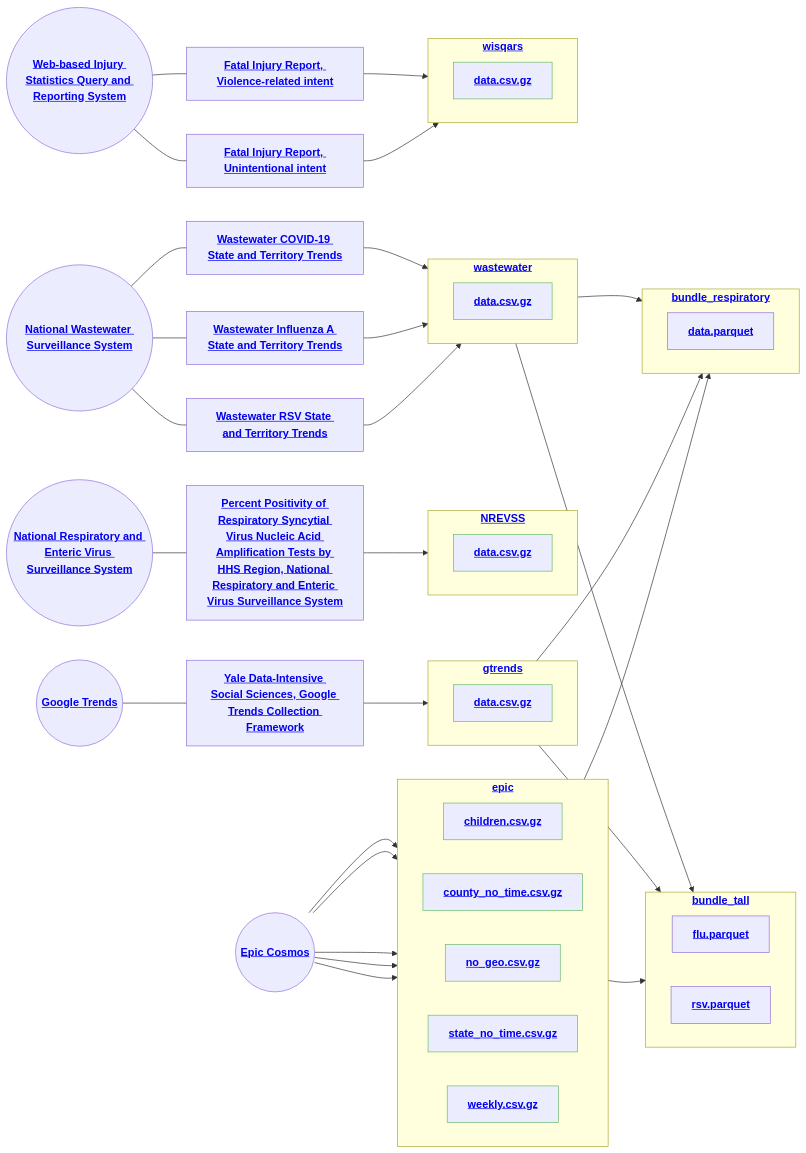
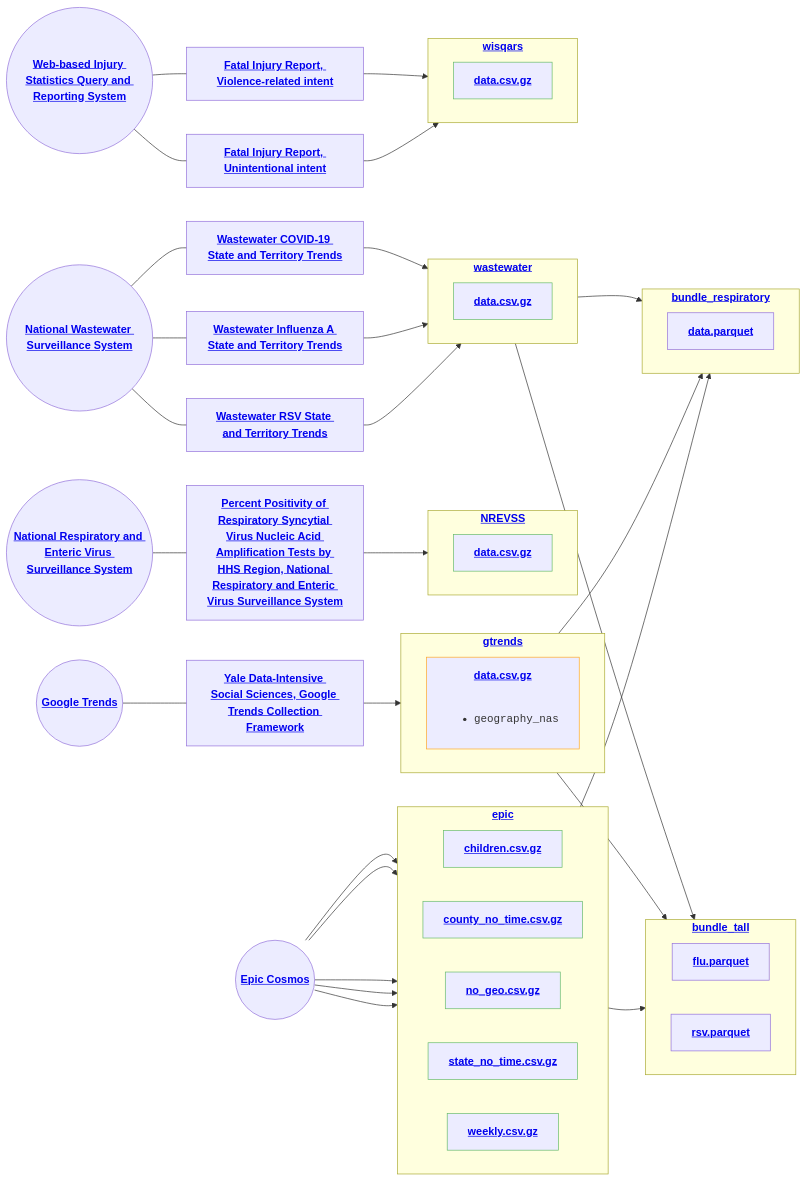
The diagram in status.md (DISSC-yale/pophive_demo), drawn with Mermaid before and after one commit. The commit also changed 8 other files, not shown here.

````diff
--- a/status.md
+++ b/status.md
@@ -1,69 +1,69 @@
 ```mermaid
 flowchart LR
     classDef pass stroke:#66bb6a
     classDef warn stroke:#ffa726
     classDef fail stroke:#f44336
     s0(("<strong><a href="https://cosmos.epic.com" target="_blank" rel="noreferrer">Epic Cosmos</a></strong>"))
     s1(("<strong><a href="https://trends.google.com" target="_blank" rel="noreferrer">Google Trends</a></strong>"))
     s3(("<strong><a href="https://www.cdc.gov/nrevss" target="_blank" rel="noreferrer">National Respiratory and Enteric Virus Surveillance System</a></strong>"))
     s5(("<strong><a href="https://www.cdc.gov/nwss" target="_blank" rel="noreferrer">National Wastewater Surveillance System</a></strong>"))
     s9(("<strong><a href="https://wisqars.cdc.gov/" target="_blank" rel="noreferrer">Web-based Injury Statistics Query and Reporting System</a></strong>"))
     subgraph epic["`<strong><a href="https://github.com/dissc-yale/pophive_demo/tree/main/data/epic" target="_blank" rel="noreferrer">epic</a></strong>`"]
         direction LR
         n1["`<strong><a href="https://github.com/dissc-yale/pophive_demo/blob/main/data/epic/standard/children.csv.gz" target="_blank" rel="noreferrer">children.csv.gz</a></strong>`"]:::pass
         n2["`<strong><a href="https://github.com/dissc-yale/pophive_demo/blob/main/data/epic/standard/county_no_time.csv.gz" target="_blank" rel="noreferrer">county_no_time.csv.gz</a></strong>`"]:::pass
         n3["`<strong><a href="https://github.com/dissc-yale/pophive_demo/blob/main/data/epic/standard/no_geo.csv.gz" target="_blank" rel="noreferrer">no_geo.csv.gz</a></strong>`"]:::pass
         n4["`<strong><a href="https://github.com/dissc-yale/pophive_demo/blob/main/data/epic/standard/state_no_time.csv.gz" target="_blank" rel="noreferrer">state_no_time.csv.gz</a></strong>`"]:::pass
         n5["`<strong><a href="https://github.com/dissc-yale/pophive_demo/blob/main/data/epic/standard/weekly.csv.gz" target="_blank" rel="noreferrer">weekly.csv.gz</a></strong>`"]:::pass
     end
     subgraph gtrends["`<strong><a href="https://github.com/dissc-yale/pophive_demo/tree/main/data/gtrends" target="_blank" rel="noreferrer">gtrends</a></strong>`"]
         direction LR
-        n6["`<strong><a href="https://github.com/dissc-yale/pophive_demo/blob/main/data/gtrends/standard/data.csv.gz" target="_blank" rel="noreferrer">data.csv.gz</a></strong>`"]:::pass
+        n6["`<strong><a href="https://github.com/dissc-yale/pophive_demo/blob/main/data/gtrends/standard/data.csv.gz" target="_blank" rel="noreferrer">data.csv.gz</a></strong><br/><br/><ul><li><code>geography_nas</code></li></ul>`"]:::warn
     end
     subgraph NREVSS["`<strong><a href="https://github.com/dissc-yale/pophive_demo/tree/main/data/NREVSS" target="_blank" rel="noreferrer">NREVSS</a></strong>`"]
         direction LR
         n7["`<strong><a href="https://github.com/dissc-yale/pophive_demo/blob/main/data/NREVSS/standard/data.csv.gz" target="_blank" rel="noreferrer">data.csv.gz</a></strong>`"]:::pass
     end
     subgraph wastewater["`<strong><a href="https://github.com/dissc-yale/pophive_demo/tree/main/data/wastewater" target="_blank" rel="noreferrer">wastewater</a></strong>`"]
         direction LR
         n8["`<strong><a href="https://github.com/dissc-yale/pophive_demo/blob/main/data/wastewater/standard/data.csv.gz" target="_blank" rel="noreferrer">data.csv.gz</a></strong>`"]:::pass
     end
     subgraph wisqars["`<strong><a href="https://github.com/dissc-yale/pophive_demo/tree/main/data/wisqars" target="_blank" rel="noreferrer">wisqars</a></strong>`"]
         direction LR
         n9["`<strong><a href="https://github.com/dissc-yale/pophive_demo/blob/main/data/wisqars/standard/data.csv.gz" target="_blank" rel="noreferrer">data.csv.gz</a></strong>`"]:::pass
     end
     subgraph bundle_respiratory["`<strong><a href="https://github.com/dissc-yale/pophive_demo/tree/main/data/bundle_respiratory" target="_blank" rel="noreferrer">bundle_respiratory</a></strong>`"]
         direction LR
         n10["`<strong><a href="https://github.com/dissc-yale/pophive_demo/blob/main/data/bundle_respiratory/dist/data.parquet" target="_blank" rel="noreferrer">data.parquet</a></strong>`"]
     end
     subgraph bundle_tall["`<strong><a href="https://github.com/dissc-yale/pophive_demo/tree/main/data/bundle_tall" target="_blank" rel="noreferrer">bundle_tall</a></strong>`"]
         direction LR
         n11["`<strong><a href="https://github.com/dissc-yale/pophive_demo/blob/main/data/bundle_tall/dist/flu.parquet" target="_blank" rel="noreferrer">flu.parquet</a></strong>`"]
         n12["`<strong><a href="https://github.com/dissc-yale/pophive_demo/blob/main/data/bundle_tall/dist/rsv.parquet" target="_blank" rel="noreferrer">rsv.parquet</a></strong>`"]
     end
     s0 --> n1
     s0 --> n2
     s0 --> n3
     s0 --> n4
     s0 --> n5
     s1---s2["<strong><a href="https://github.com/DISSC-yale/gtrends_collection" target="_blank" rel="noreferrer">Yale Data-Intensive Social Sciences, Google Trends Collection Framework</a></strong>"]
     s2 --> n6
     s3---s4["<strong><a href="https://data.cdc.gov/resource/3cxc-4k8q" target="_blank" rel="noreferrer">Percent Positivity of Respiratory Syncytial Virus Nucleic Acid Amplification Tests by HHS Region, National Respiratory and Enteric Virus Surveillance System</a></strong>"]
     s4 --> n7
     s5---s6["<strong><a href="https://www.cdc.gov/nwss/rv/COVID19-statetrend.html" target="_blank" rel="noreferrer">Wastewater COVID-19 State and Territory Trends</a></strong>"]
     s6 --> n8
     s5---s7["<strong><a href="https://www.cdc.gov/nwss/rv/InfluenzaA-statetrend.html" target="_blank" rel="noreferrer">Wastewater Influenza A State and Territory Trends</a></strong>"]
     s7 --> n8
     s5---s8["<strong><a href="https://www.cdc.gov/nwss/rv/RSV-statetrend.html" target="_blank" rel="noreferrer">Wastewater RSV State and Territory Trends</a></strong>"]
     s8 --> n8
     s9---s10["<strong><a href="https://wisqars.cdc.gov/reports/?o=MORT&i=8&m=20810&s=0&r=0&ry=2&y1=2018&y2=2023&a=ALL&g1=0&g2=199&a1=0&a2=199&r1=MECH&r2=AGEGP&r3=STATE&r4=YEAR&r5=NONE&r6=NONE&g=00&e=0&yp=65&me=0&t=0" target="_blank" rel="noreferrer">Fatal Injury Report, Violence-related intent</a></strong>"]
     s10 --> n9
     s9---s11["<strong><a href="https://wisqars.cdc.gov/reports/?o=MORT&i=1&m=20810&s=0&r=0&ry=2&y1=2018&y2=2023&a=ALL&g1=0&g2=199&a1=0&a2=199&r1=MECH&r2=AGEGP&r3=STATE&r4=YEAR&r5=NONE&r6=NONE&g=00&e=0&yp=65&me=0&t=0" target="_blank" rel="noreferrer">Fatal Injury Report, Unintentional intent</a></strong>"]
     s11 --> n9
     n5 --> bundle_respiratory
     n6 --> bundle_respiratory
     n8 --> bundle_respiratory
     n5 --> bundle_tall
     n6 --> bundle_tall
     n8 --> bundle_tall
 ```
````
